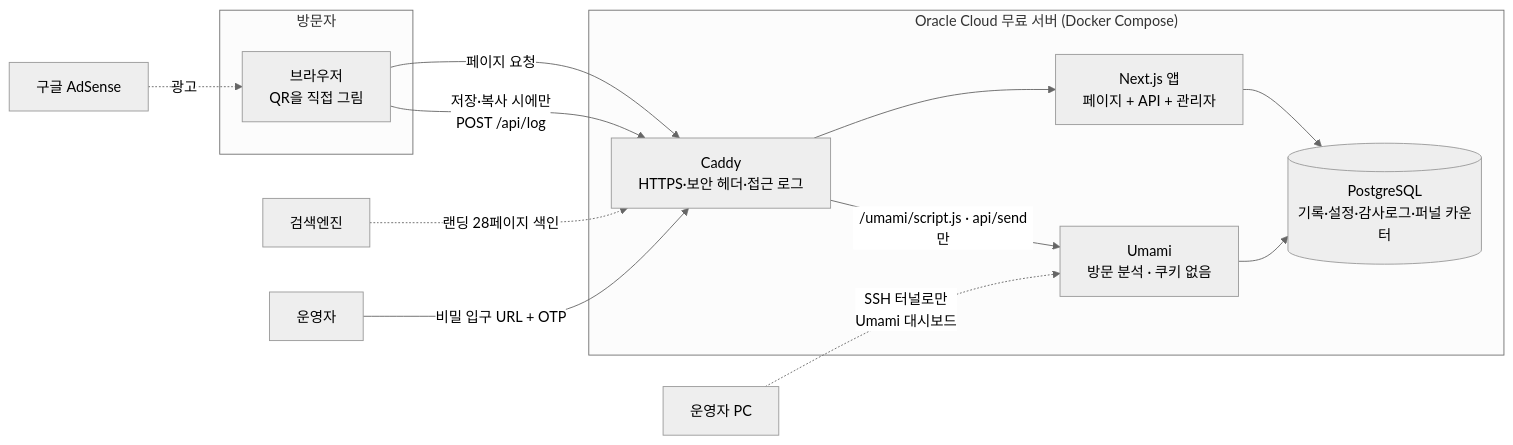
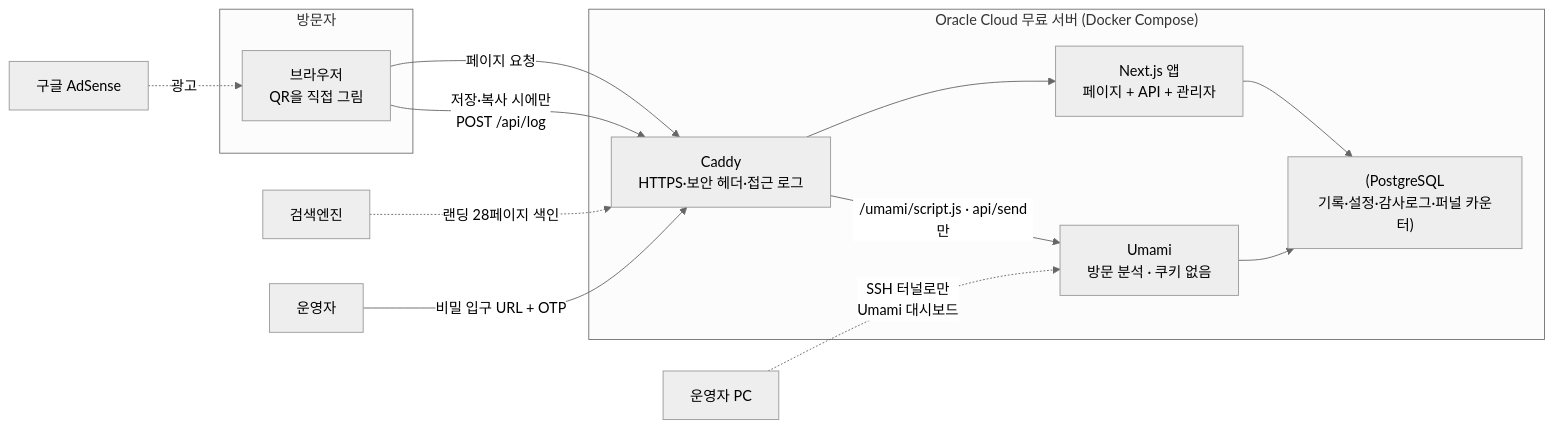
One commit to vittroi384/qr-web changed the first of 4 diagrams in docs/인수인계.md. Above: the diagram before and after it, drawn with Mermaid (neutral theme). The commit also changed other lines of this file and 1 other file, not shown here.

Commit message:
인수인계 문서 갱신: 종류 17종·프레임 반영, Mermaid 라벨 인용 처리, Word 파일 재생성

````diff
--- a/docs/인수인계.md
+++ b/docs/인수인계.md
@@ -47,20 +47,20 @@
 ```mermaid
 flowchart LR
   subgraph 방문자
     B[브라우저<br/>QR을 직접 그림]
   end
   subgraph 서버["Oracle Cloud 무료 서버 (Docker Compose)"]
     C[Caddy<br/>HTTPS·보안 헤더·접근 로그]
     A[Next.js 앱<br/>페이지 + API + 관리자]
-    D[(PostgreSQL<br/>기록·설정·감사로그·퍼널 카운터)]
+    D["(PostgreSQL<br/>기록·설정·감사로그·퍼널 카운터)"]
     M[Umami<br/>방문 분석 · 쿠키 없음]
     C --> A --> D
     C -- "/umami/script.js · api/send만" --> M --> D
   end
   B -- "페이지 요청" --> C
   B -- "저장·복사 시에만<br/>POST /api/log" --> C
   O2[운영자 PC] -. "SSH 터널로만<br/>Umami 대시보드" .-> M
   G[구글 AdSense] -. 광고 .-> B
   S[검색엔진] -. 랜딩 28페이지 색인 .-> C
   O[운영자] -- "비밀 입구 URL + OTP" --> C
 ```
````
